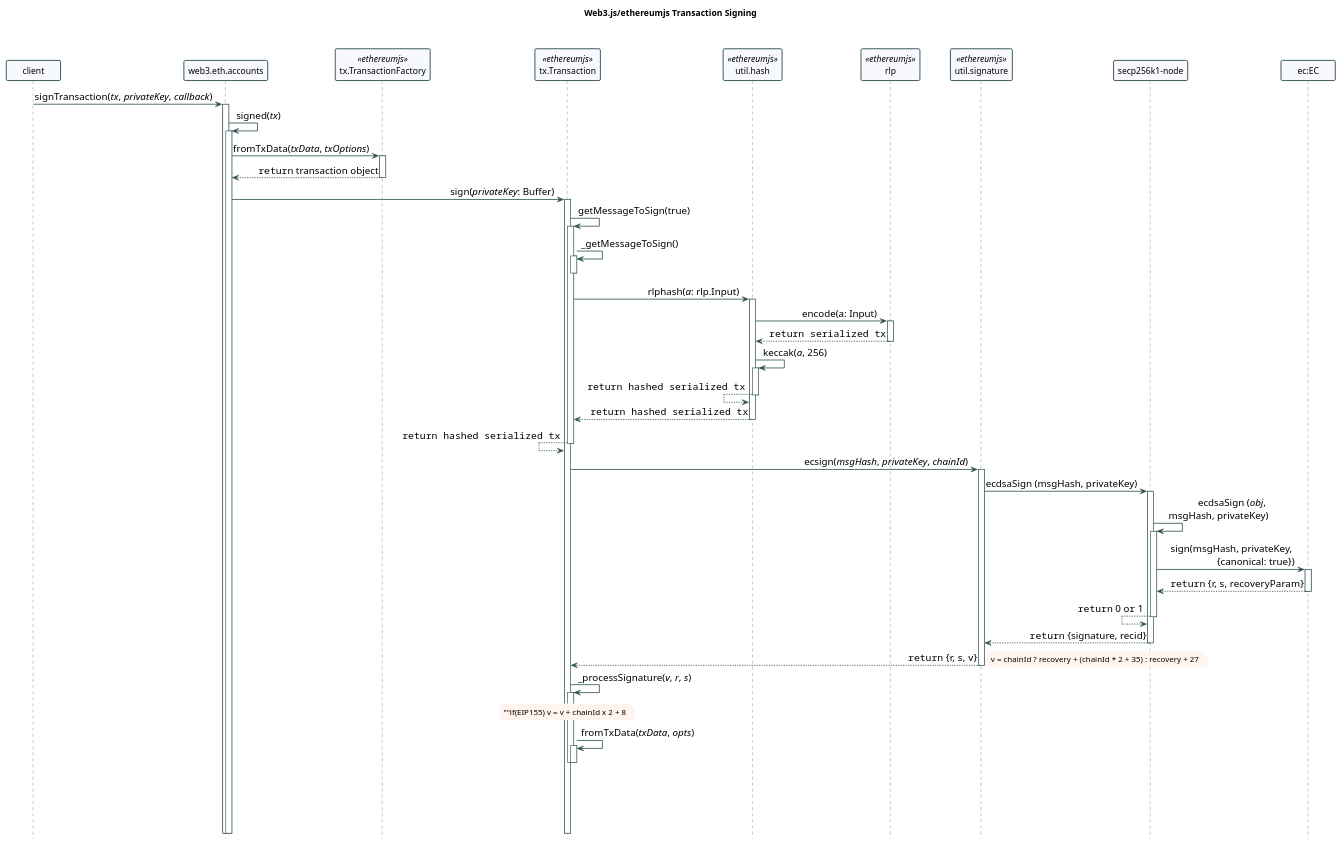
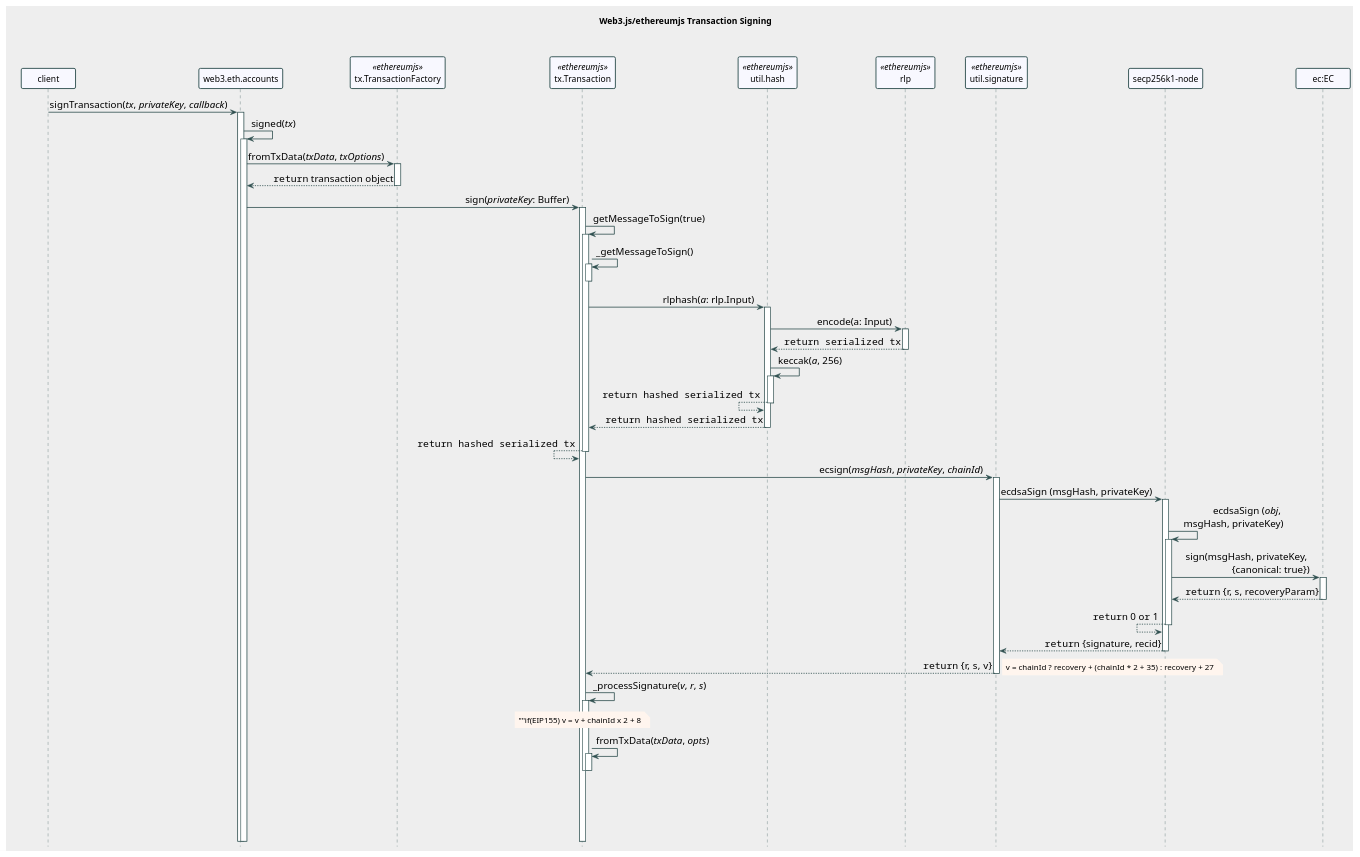
One commit to 3rdstage/models changed the first of 2 diagrams in blockchain/signing/transaction-signing-workflow-web3js.plantuml. Above: the diagram before and after it, drawn with PlantUML. The commit also changed 1 other file, not shown here.

```diff
--- a/blockchain/signing/transaction-signing-workflow-web3js.plantuml
+++ b/blockchain/signing/transaction-signing-workflow-web3js.plantuml
@@ -1,134 +1,134 @@
 @startuml
 
 ' https://plantuml.com/class-diagram
 ' https://plantuml.com/sequence-diagram
 ' https://plantuml-documentation.readthedocs.io/en/latest/formatting/all-skin-params.html
 ' https://plantuml-documentation.readthedocs.io/en/latest/formatting/all-skin-params.html#class
 ' https://plantuml.com/creole
 ' https://www.w3schools.com/colors/colors_names.asp
 
 skinparam {
   'DefaultFontName Consolas
   DefaultFontName Monaco
   'DefaultFontName Lucida Console
   DefaultMonospacedFontName Consolas
   'DefaultFontStyle bold
 
   'BackgroundColor transparent
-  BackgroundColor white
+  BackgroundColor #eeeeee
   PageMargin 10
   BoxPadding 100
   ParticipantPadding 20
 
   ArrowFontSize 16
   ArrowThickness 1
   MinClassWidth 75
   ClassFontStyle bold
 
   NoteBackgroundColor SeaShell
   NoteBorderColor transparent
   NoteShadowing false
 }
 
 
 skinparam Sequence{
 
   ParticipantFontName Consolas
   ArrowFontName Consolas
 
   DividerBorderThickness 1.5
   ReferenceBorderThickness 1.5
   MessageAlignment right
 
   ArrowColor DarkSlateGray
   ArrowThickness 1.3
   LifeLineBorderColor DarkSlateGray
   LifeLineBorderThickness 1.3
 
   ActorBorderColor DarkSlateGray
   ActorBackgroundColor GhostWhite
   ParticipantBorderColor DarkSlateGray
   ParticipantBorderThickness 1.5
   ParticipantBackgroundColor GhostWhite
 
   'BoxBackgroundColor transparent
   'BoxBorderColor transparent
 
   GroupBorderThickness 1.3
   GroupBorderColor DarkBlue
   GroupBodyBackgroundColor Azure
 }
 
 skinparam Group{
   BorderThickness 1.3
   BorderShadowing true
 }
 
 
 hide Circle
 hide Footbox
 title Web3.js/ethereumjs Transaction Signing\n\n
 'caption
 
 
 participant client
 participant "web3.eth.accounts" as accts
 participant "tx.TransactionFactory" as factory <<ethereumjs>>
 participant "tx.Transaction" as tx <<ethereumjs>>
 participant "util.hash" as hash <<ethereumjs>>
 participant "rlp" as rlp <<ethereumjs>>
 participant "util.signature" as signature <<ethereumjs>>
 participant "secp256k1-node" as secp256k1
 participant "ec:EC" as ec
 
 url of accts is [[https://github.com/ChainSafe/web3.js/blob/v1.7.0/packages/web3-eth-accounts/src/index.js]]
 url of factory is [[https://github.com/ethereumjs/ethereumjs-monorepo/blob/6e41fb32a4916cff53ec940d94e3c238f3c20d5f/packages/tx/src/transactionFactory.ts]]
 url of tx is [[https://github.com/ethereumjs/ethereumjs-monorepo/blob/6e41fb32a4916cff53ec940d94e3c238f3c20d5f/packages/tx/src/legacyTransaction.ts]]
 url of hash is [[https://github.com/ethereumjs/ethereumjs-monorepo/blob/6e41fb32a4916cff53ec940d94e3c238f3c20d5f/packages/util/src/hash.ts]]
 url of rlp is [[https://github.com/ethereumjs/rlp/blob/a0fc75b76e08939d9db5162640ba4363f6ce296e/src/index.ts]]
 url of signature is [[https://github.com/ethereumjs/ethereumjs-monorepo/blob/6e41fb32a4916cff53ec940d94e3c238f3c20d5f/packages/util/src/signature.ts]]
 url of secp256k1 is [[https://github.com/cryptocoinjs/secp256k1-node/tree/f73cd3a2b95ec6f549a2feabfbf2b8f17b30dcc7]]
 url of ec is [[https://github.com/indutny/elliptic/blob/43ac7f230069bd1575e1e4a58394a512303ba803/lib/elliptic/ec/index.js]]
 
 client -> accts ++ [[https://github.com/ChainSafe/web3.js/blob/v1.7.0/packages/web3-eth-accounts/src/index.js#L146]] : signTransaction(//tx//, //privateKey//, //callback//)
   accts -> accts ++ [[https://github.com/ChainSafe/web3.js/blob/v1.7.0/packages/web3-eth-accounts/src/index.js#L182]] : signed(//tx//)
     accts -> factory ++ [[https://github.com/ethereumjs/ethereumjs-monorepo/blob/@ethereumjs/tx@3.3.2/packages/tx/src/transactionFactory.ts#L22]] : fromTxData(//txData//, //txOptions//)
       accts <-- factory -- : <font:courier>return</font> transaction object
     accts -> tx ++ [[https://github.com/ethereumjs/ethereumjs-monorepo/blob/@ethereumjs/tx@3.3.2/packages/tx/src/baseTransaction.ts#L282]] : sign(//privateKey//: Buffer)
       tx -> tx ++ [[https://github.com/ethereumjs/ethereumjs-monorepo/blob/6e41fb32a4916cff53ec940d94e3c238f3c20d5f/packages/tx/src/legacyTransaction.ts#L210]] : getMessageToSign(true)
         tx -> tx ++ [[https://github.com/ethereumjs/ethereumjs-monorepo/blob/6e41fb32a4916cff53ec940d94e3c238f3c20d5f/packages/tx/src/legacyTransaction.ts#L176]] : _getMessageToSign()
           tx --
         tx -> hash ++ [[https://github.com/ethereumjs/ethereumjs-monorepo/blob/6e41fb32a4916cff53ec940d94e3c238f3c20d5f/packages/util/src/hash.ts#L157]] : rlphash(//a//: rlp.Input)
           hash -> rlp ++ [[https://github.com/ethereumjs/rlp/blob/a0fc75b76e08939d9db5162640ba4363f6ce296e/src/index.ts#L14]] : encode(a: Input)
             hash <-- rlp -- : <font:courier>return serialized tx</font>
           hash -> hash ++ [[https://github.com/ethereumjs/ethereumjs-monorepo/blob/6e41fb32a4916cff53ec940d94e3c238f3c20d5f/packages/util/src/hash.ts#L12]] : keccak(//a//, 256)
             hash <-- hash -- : <font:courier>return hashed serialized tx</font>
           tx <-- hash -- : <font:courier>return hashed serialized tx</font>
         tx <-- tx -- : <font:courier>return hashed serialized tx</font>
       tx -> signature ++ [[https://github.com/ethereumjs/ethereumjs-monorepo/blob/6e41fb32a4916cff53ec940d94e3c238f3c20d5f/packages/util/src/signature.ts#L25]] : ecsign(//msgHash//, //privateKey//, //chainId//)
         signature -> secp256k1 ++ [[https://github.com/cryptocoinjs/secp256k1-node/blob/f73cd3a2b95ec6f549a2feabfbf2b8f17b30dcc7/lib/index.js#L252]] :  ecdsaSign (msgHash, privateKey)
           secp256k1 -> secp256k1 ++ [[https://github.com/cryptocoinjs/secp256k1-node/blob/f73cd3a2b95ec6f549a2feabfbf2b8f17b30dcc7/lib/elliptic.js#L302]] : ecdsaSign (//obj//, \n   msgHash, privateKey)
             secp256k1 -> ec ++ [[https://github.com/indutny/elliptic/blob/43ac7f230069bd1575e1e4a58394a512303ba803/lib/elliptic/ec/index.js#L91]] : sign(msgHash, privateKey, \n   {canonical: true})
               secp256k1 <-- ec -- : <font:courier>return</font> {r, s, recoveryParam}
             secp256k1 <-- secp256k1 -- : <font:courier>return</font> 0 <font:courier>or</font> 1
           signature <-- secp256k1 --: <font:courier>return</font> {signature, recid}
         tx <-- signature -- : <font:courier>return</font> {r, s, v}
         note right
         ""v = chainId ? recovery + (chainId * 2 + 35) : recovery + 27""
         end note
       tx -> tx ++ [[https://github.com/ethereumjs/ethereumjs-monorepo/blob/6e41fb32a4916cff53ec940d94e3c238f3c20d5f/packages/tx/src/legacyTransaction.ts#L301]] : _processSignature(//v//, //r//, //s//)
         note over tx
         ""if(EIP155) v = v + chainId x 2 + 8
         end note
         tx -> tx ++ [[https://github.com/ethereumjs/ethereumjs-monorepo/blob/6e41fb32a4916cff53ec940d94e3c238f3c20d5f/packages/tx/src/legacyTransaction.ts#L33]] : fromTxData(//txData//, //opts//)
           tx --
         tx --
 
 
 
 
 
 
 ||100||
 
 @enduml
```
